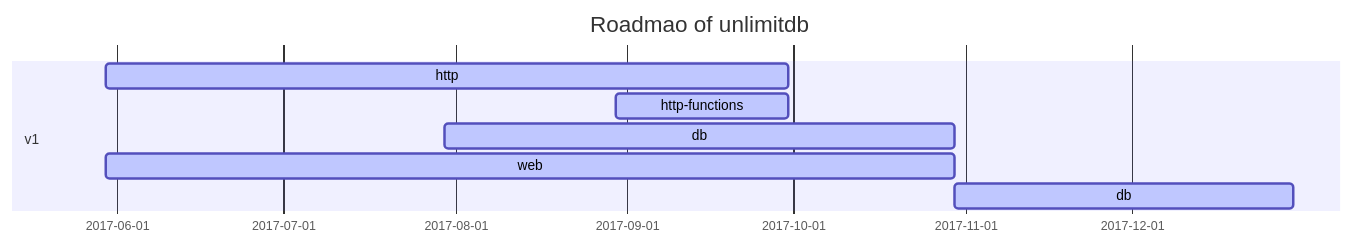
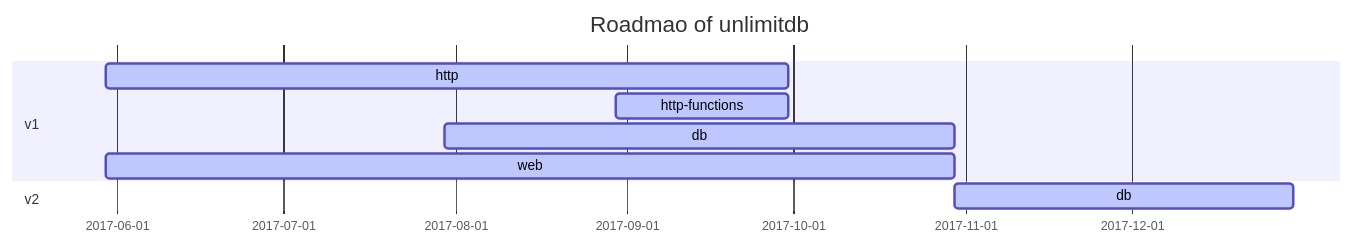
The diagram in README.md (heineiuo/unlimit), drawn with Mermaid before and after one commit.

Commit message:
readme: fix roadmap section wrong

````diff
--- a/README.md
+++ b/README.md
@@ -19,13 +19,13 @@
 ```mermaid
 gantt
     dateFormat  YYYY-MM-DD
     title Roadmao of unlimitdb
     section v1
         http     :active, 2017-05-30, 2017-09-30
         http-functions : active, 2017-08-30, 2017-09-30
         db     :active, 2017-07-30, 2017-10-30
         web  :  active, 2017-05-30, 2017-10-30
-    section v1
+    section v2
         db     :active, 2017-10-30, 2017-12-30
     
 ```
````
